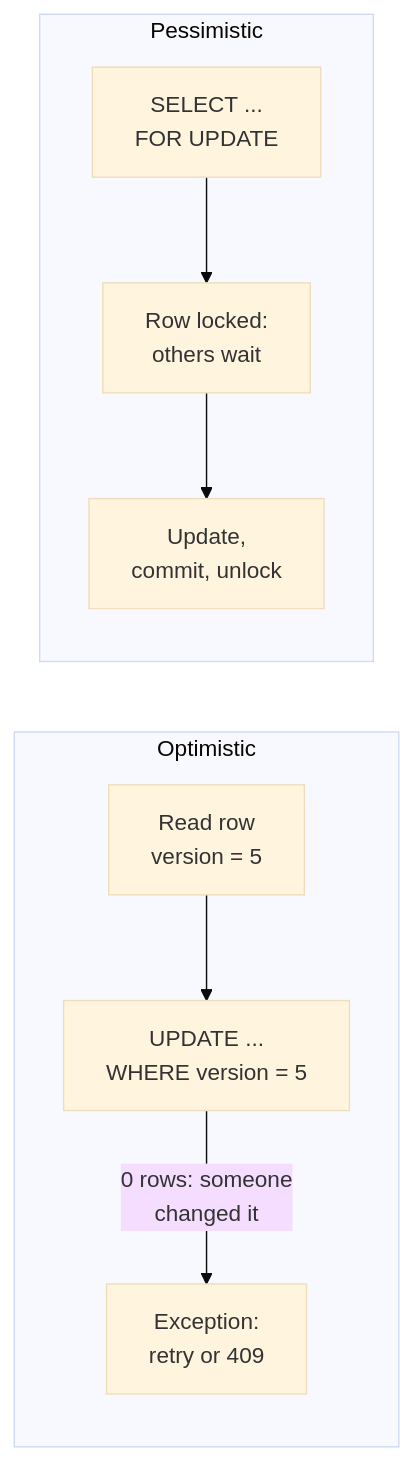
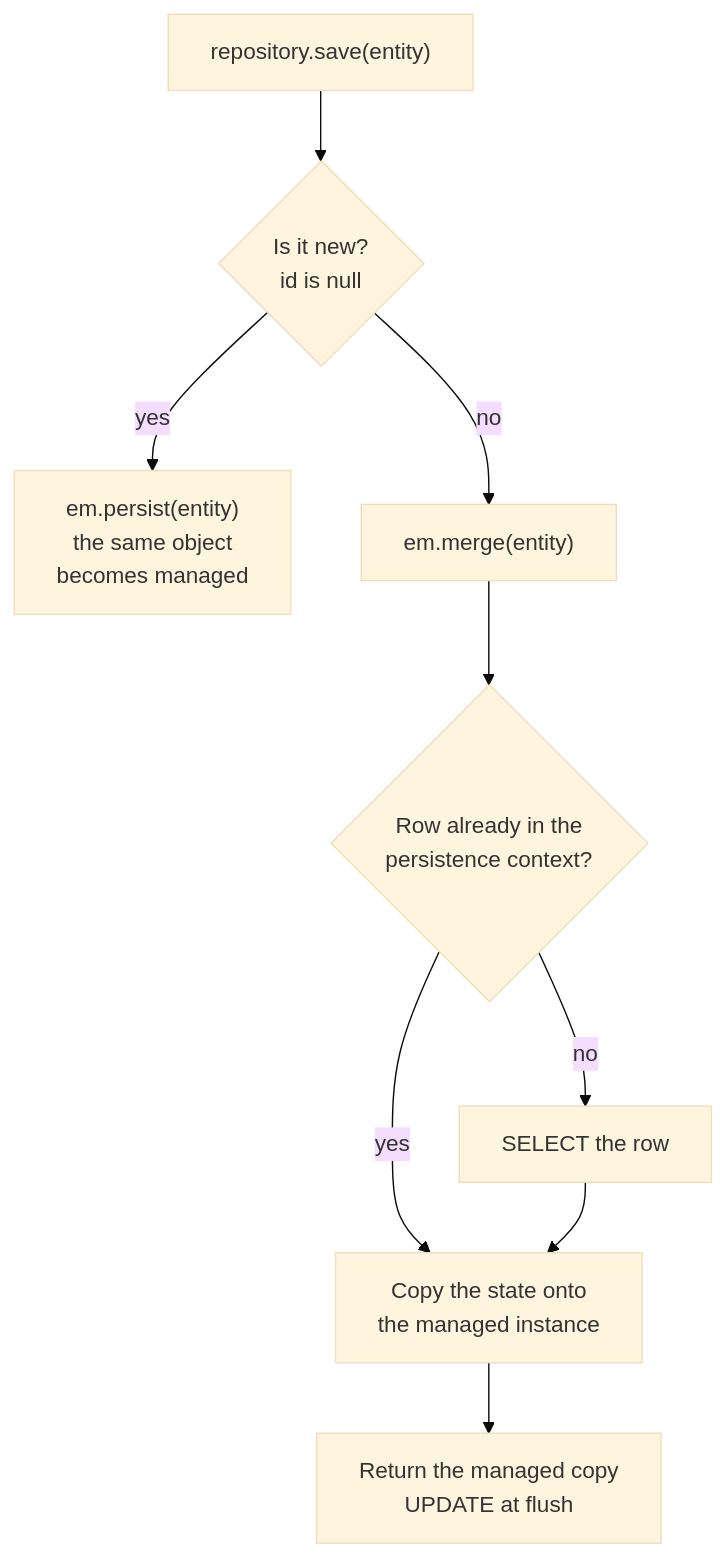
Before and after one commit to shubamchaudhary/CodeNITW: the seventh of 20 diagrams in src/Data/coreStackDocs/SPRING-04.md, drawn with Mermaid (base theme). The commit also changed other lines of this file, not shown here.

````diff
--- a/src/Data/coreStackDocs/SPRING-04.md
+++ b/src/Data/coreStackDocs/SPRING-04.md
@@ -69,11 +174,11 @@
 ```mermaid
-flowchart LR
-    subgraph OPT["Optimistic"]
-        A1["Read row<br/>version = 5"] --> A2["UPDATE ...<br/>WHERE version = 5"]
-        A2 -->|"0 rows: someone<br/>changed it"| A3["Exception:<br/>retry or 409"]
-    end
-    subgraph PES["Pessimistic"]
-        B1["SELECT ...<br/>FOR UPDATE"] --> B2["Row locked:<br/>others wait"]
-        B2 --> B3["Update,<br/>commit, unlock"]
-    end
+flowchart TD
+    A["repository.save(entity)"] --> B{"Is it new?<br/>id is null"}
+    B -->|yes| C["em.persist(entity)<br/>the same object<br/>becomes managed"]
+    B -->|no| D["em.merge(entity)"]
+    D --> E{"Row already in the<br/>persistence context?"}
+    E -->|no| F["SELECT the row"]
+    E -->|yes| G["Copy the state onto<br/>the managed instance"]
+    F --> G
+    G --> H["Return the managed copy<br/>UPDATE at flush"]
 ```
````
